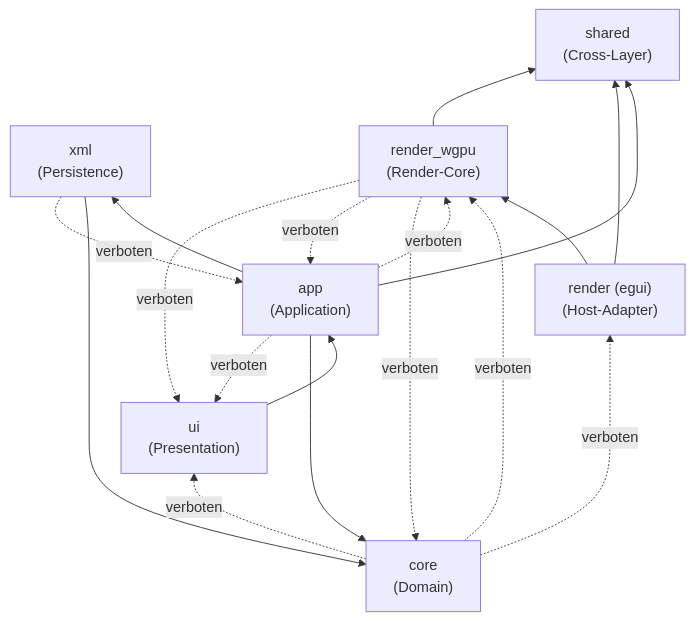
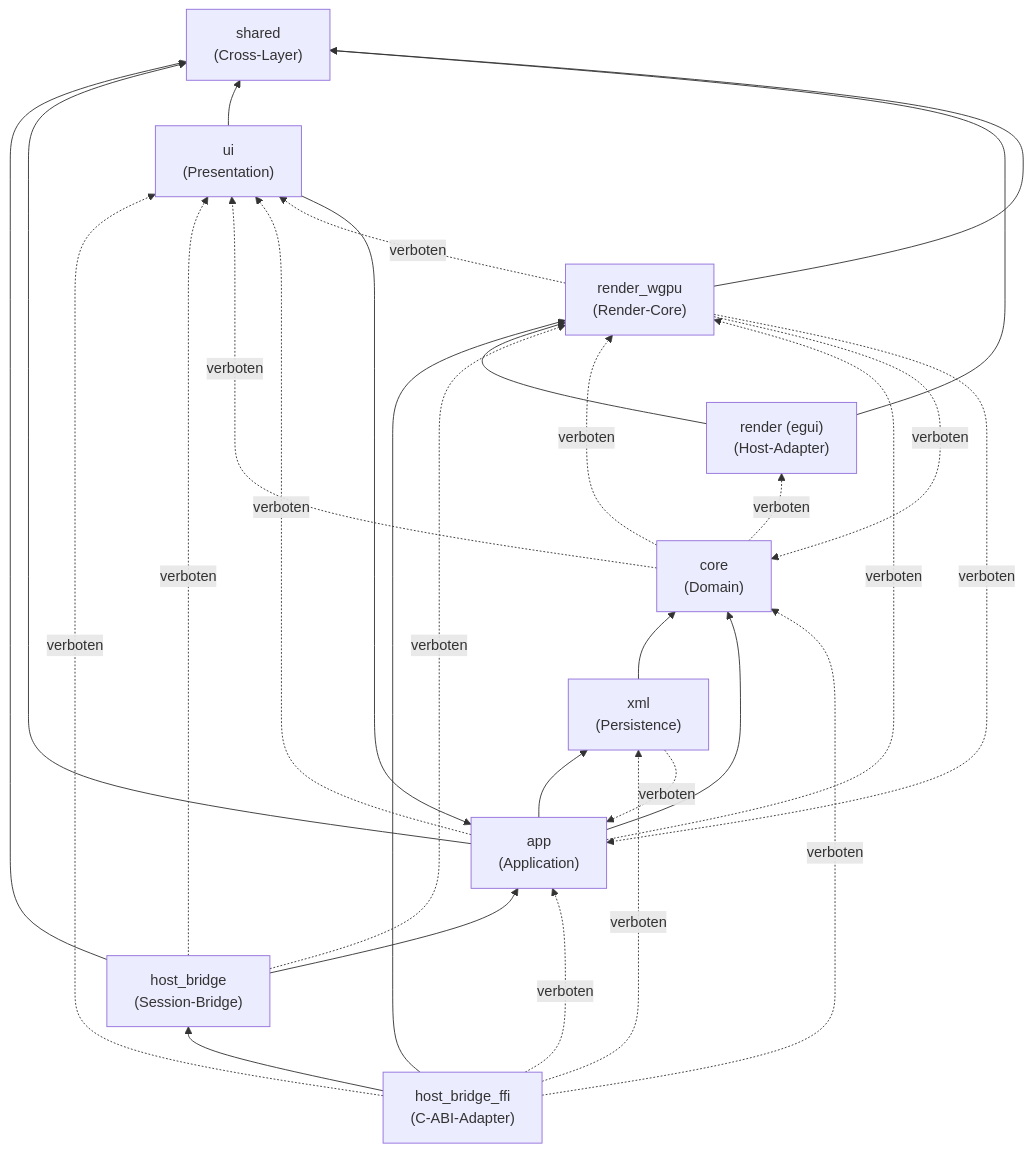
Before and after one commit to mro68/fs25_ad_editor: the second of 8 diagrams in docs/ARCHITECTURE_PLAN.md, drawn with Mermaid. The commit also changed other lines of this file and 11 other files, not shown here.

````diff
--- a/docs/ARCHITECTURE_PLAN.md
+++ b/docs/ARCHITECTURE_PLAN.md
@@ -113,29 +124,42 @@
 ```mermaid
 graph BT
+  HOST_BRIDGE_FFI["host_bridge_ffi\n(C-ABI-Adapter)"]
+  HOST_BRIDGE["host_bridge\n(Session-Bridge)"]
     CORE["core\n(Domain)"]
     XML["xml\n(Persistence)"]
     APP["app\n(Application)"]
     UI["ui\n(Presentation)"]
     RENDER_HOST["render (egui)\n(Host-Adapter)"]
     RENDER_CORE["render_wgpu\n(Render-Core)"]
     SHARED["shared\n(Cross-Layer)"]
 
+    HOST_BRIDGE_FFI --> HOST_BRIDGE
+    HOST_BRIDGE_FFI --> RENDER_CORE
+    HOST_BRIDGE --> APP
+    HOST_BRIDGE --> SHARED
     XML  --> CORE
     APP  --> CORE
     APP  --> XML
     APP  --> SHARED
     UI   --> APP
+    UI   --> SHARED
     RENDER_HOST --> SHARED
     RENDER_HOST --> RENDER_CORE
     RENDER_CORE --> SHARED
 
+    HOST_BRIDGE_FFI -.->|verboten| APP
+    HOST_BRIDGE_FFI -.->|verboten| CORE
+    HOST_BRIDGE_FFI -.->|verboten| XML
+    HOST_BRIDGE_FFI -.->|verboten| UI
+    HOST_BRIDGE -.->|verboten| RENDER_CORE
+    HOST_BRIDGE -.->|verboten| UI
     CORE  -.->|verboten| UI
     CORE  -.->|verboten| RENDER_HOST
     CORE  -.->|verboten| RENDER_CORE
     APP   -.->|verboten| UI
     APP   -.->|verboten| RENDER_CORE
     RENDER_CORE -.->|verboten| CORE
     RENDER_CORE -.->|verboten| APP
     RENDER_CORE -.->|verboten| UI
     XML   -.->|verboten| APP
 ```
````
